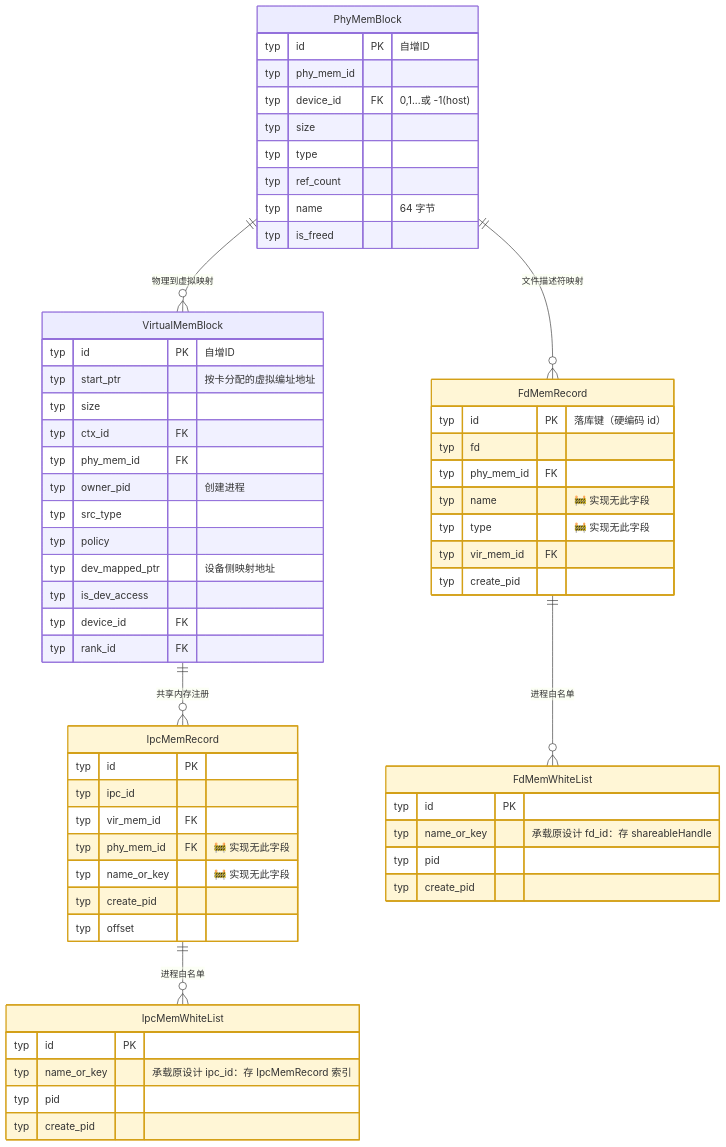
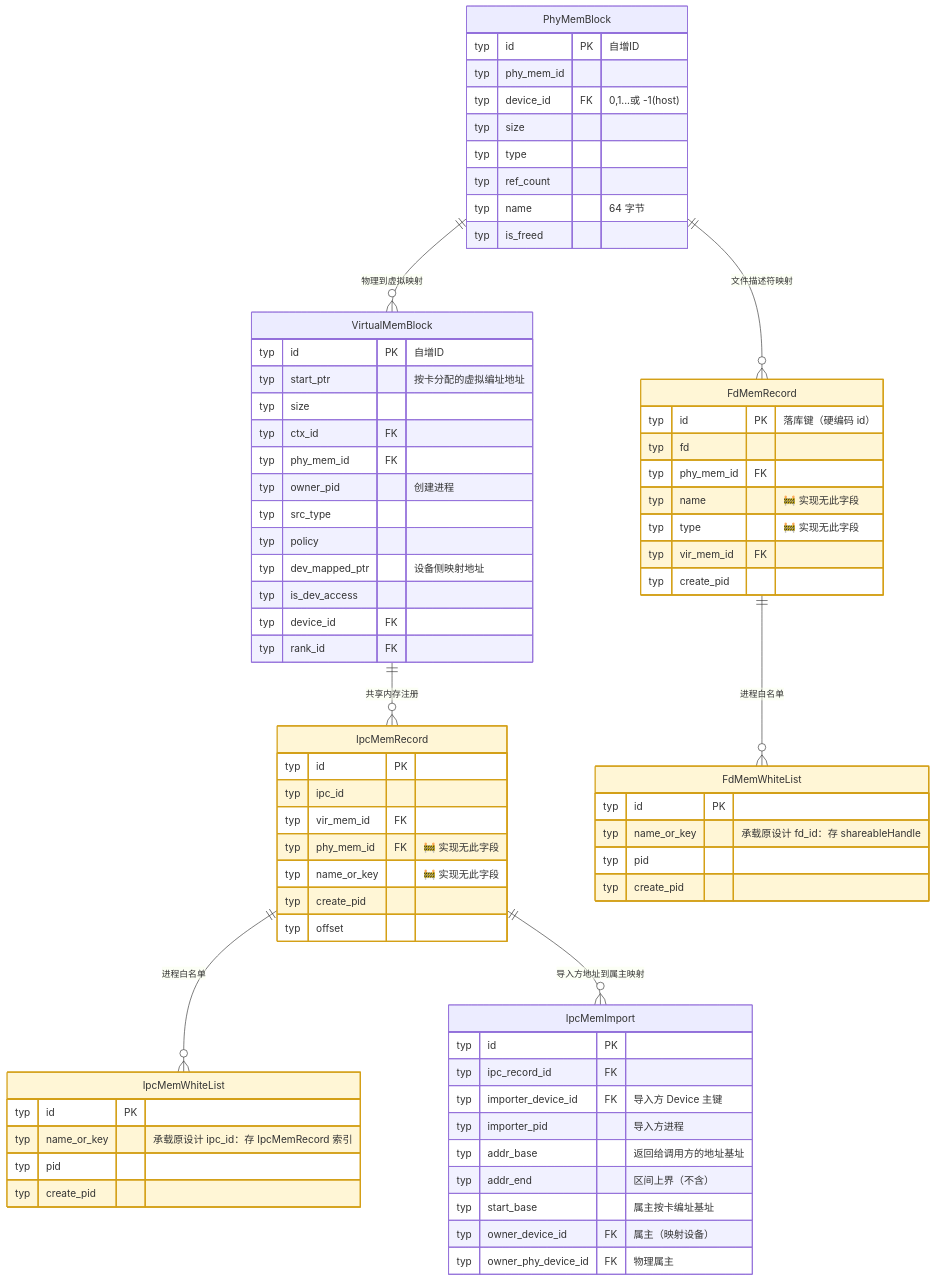
One commit to Atlas-Ascend-Fork/hcomm changed the fifth of 19 diagrams in test/hccl_vm/docs/simulator_runner_data_model.md. Above: the diagram before and after it, drawn with Mermaid. The commit also changed other lines of this file and 171 other files, not shown here.

```diff
--- a/test/hccl_vm/docs/simulator_runner_data_model.md
+++ b/test/hccl_vm/docs/simulator_runner_data_model.md
@@ -475,6 +475,7 @@
 erDiagram
     %% 🧠 可进程私有：IpcMemRecord / IpcMemWhiteList / FdMemWhiteList（仅 src/proxy 访问）
     %% FdMemRecord 仅 cmd 转储、无写入方（空表）
+    %% IpcMemImport 跨进程：src/proxy 写（导入时登记）、src/device_arm 读（SDMA SQE 对端解析）
     PhyMemBlock ||--o{ VirtualMemBlock : "物理到虚拟映射"
     PhyMemBlock ||--o{ FdMemRecord : "文件描述符映射"
     PhyMemBlock {
@@ -522,6 +523,19 @@
         typ create_pid
     }
 
+    IpcMemRecord ||--o{ IpcMemImport : "导入方地址到属主映射"
+    IpcMemImport {
+        typ id PK
+        typ ipc_record_id FK
+        typ importer_device_id FK "导入方 Device 主键"
+        typ importer_pid "导入方进程"
+        typ addr_base "返回给调用方的地址基址"
+        typ addr_end "区间上界（不含）"
+        typ start_base "属主按卡编址基址"
+        typ owner_device_id FK "属主（映射设备）"
+        typ owner_phy_device_id FK "物理属主"
+    }
+
     FdMemRecord {
         typ id PK "落库键（硬编码 id）"
         typ fd
```
